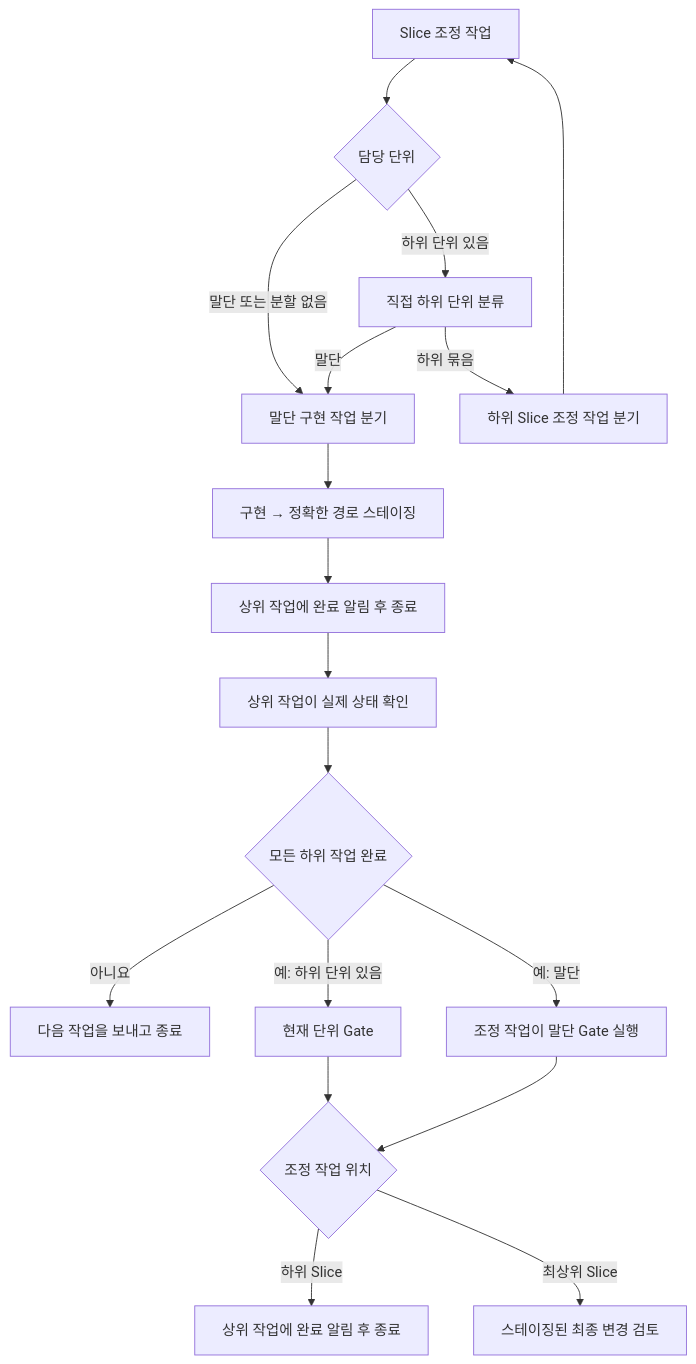
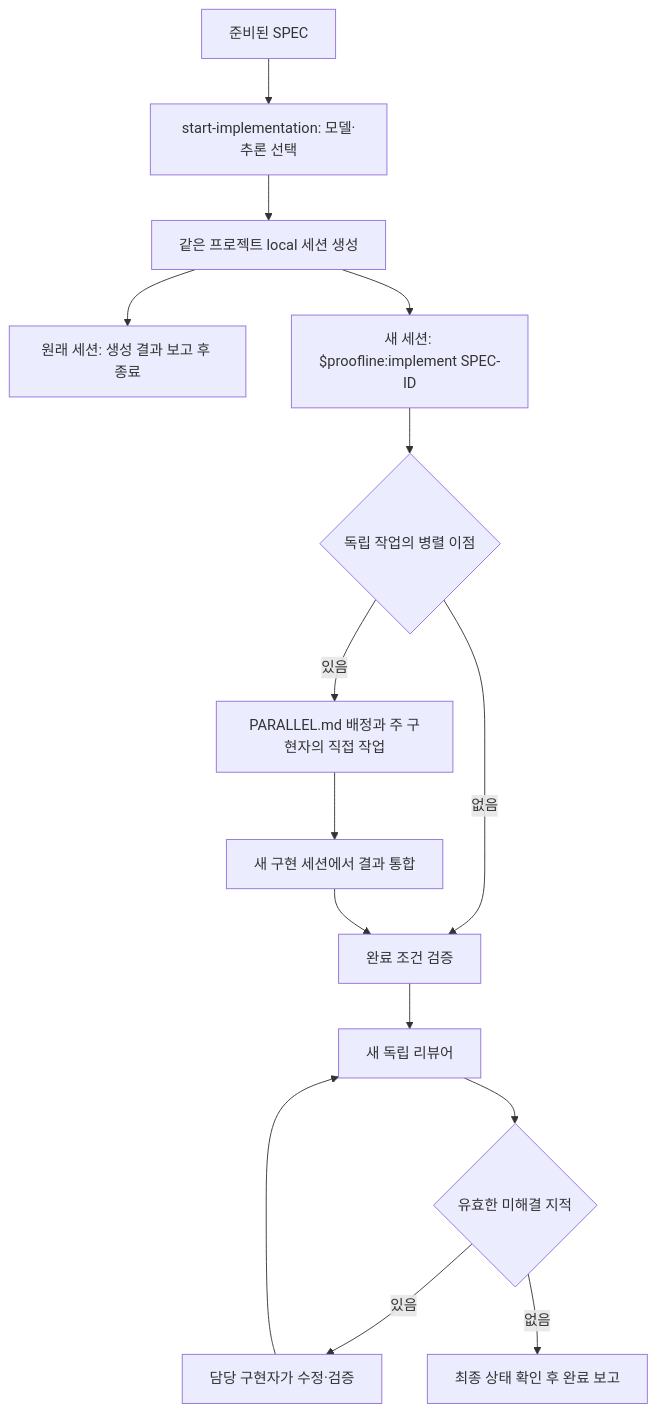
One commit to semisemil/codex-proofline changed the diagram in docs/start-implementation-execution-skeleton.md. Above: the diagram before and after it, drawn with Mermaid. The commit also changed other lines of this file and 50 other files, not shown here.

Commit message:
Refactor SPEC execution into routed implementation sessions

````diff
--- a/docs/start-implementation-execution-skeleton.md
+++ b/docs/start-implementation-execution-skeleton.md
@@ -50,20 +7,17 @@
 ```mermaid
 flowchart TD
-    C[Slice 조정 작업] --> T{담당 단위}
-    T -->|말단 또는 분할 없음| L[말단 구현 작업 분기]
-    T -->|하위 단위 있음| D[직접 하위 단위 분류]
-    D -->|말단| L
-    D -->|하위 묶음| U[하위 Slice 조정 작업 분기]
-    L --> I[구현 → 정확한 경로 스테이징]
-    I --> K[상위 작업에 완료 알림 후 종료]
-    U --> C
-    K --> A[상위 작업이 실제 상태 확인]
-    A --> B{모든 하위 작업 완료}
-    B -->|아니요| E[다음 작업을 보내고 종료]
-    B -->|예: 하위 단위 있음| G[현재 단위 Gate]
-    B -->|예: 말단| J[조정 작업이 말단 Gate 실행]
-    G --> R{조정 작업 위치}
-    J --> R
-    R -->|하위 Slice| P[상위 작업에 완료 알림 후 종료]
-    R -->|최상위 Slice| V[스테이징된 최종 변경 검토]
+    S[준비된 SPEC] --> L[start-implementation: 모델·추론 선택]
+    L --> N[같은 프로젝트 local 세션 생성]
+    N --> O[원래 세션: 생성 결과 보고 후 종료]
+    N --> M["새 세션: $proofline:implement SPEC-ID"]
+    M --> P{독립 작업의 병렬 이점}
+    P -->|있음| A[PARALLEL.md 배정과 주 구현자의 직접 작업]
+    A --> I[새 구현 세션에서 결과 통합]
+    P -->|없음| V[완료 조건 검증]
+    I --> V
+    V --> R[새 독립 리뷰어]
+    R --> D{유효한 미해결 지적}
+    D -->|있음| F[담당 구현자가 수정·검증]
+    F --> R
+    D -->|없음| C[최종 상태 확인 후 완료 보고]
 ```
````
